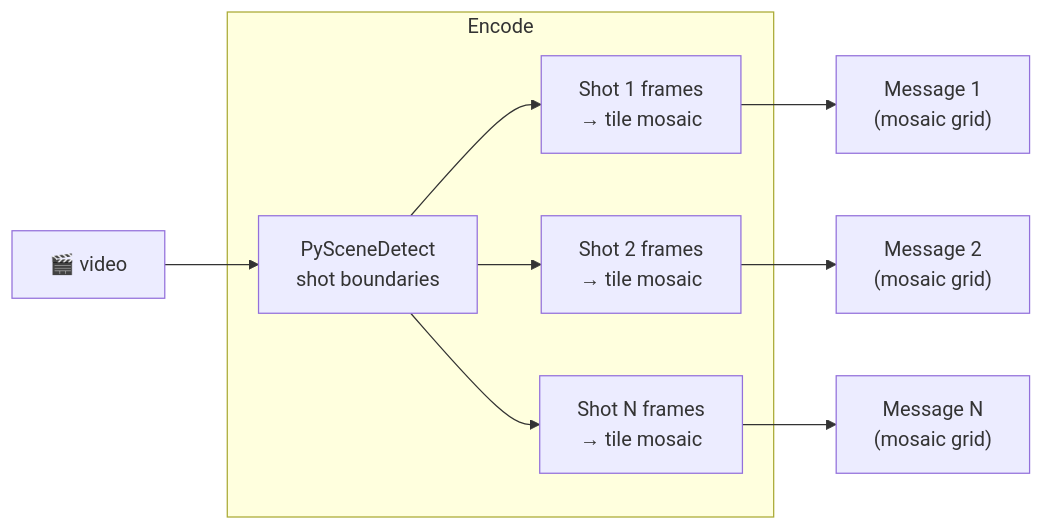
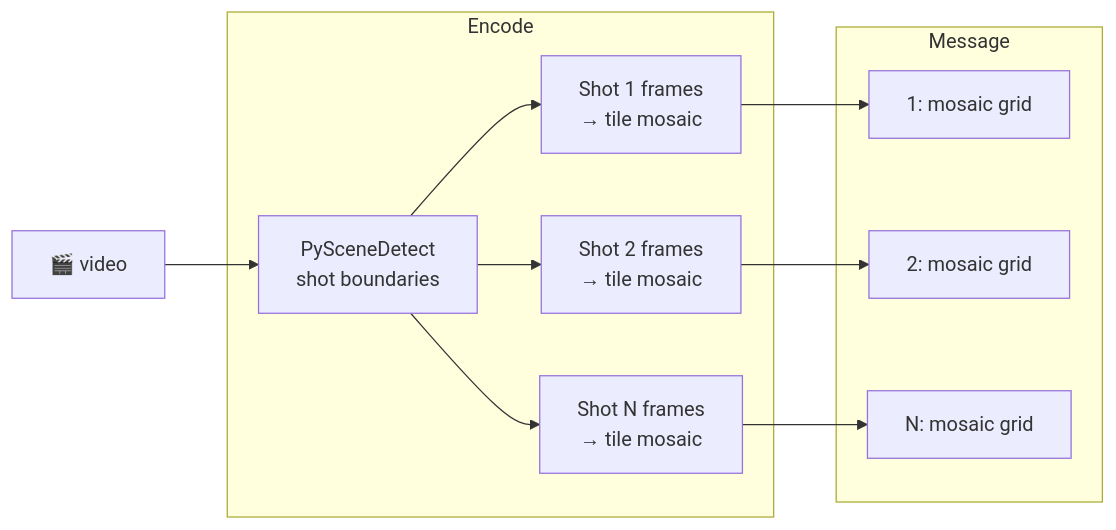
Before and after one commit to vlm-run/mm: the eighth of 17 diagrams in docs/ENCODERS.md, drawn with Mermaid. The commit also changed other lines of this file and 1 other file, not shown here.

Commit message:
use a message block with subgroups

````diff
--- a/docs/ENCODERS.md
+++ b/docs/ENCODERS.md
@@ -183,20 +197,22 @@
 ```mermaid
 graph LR
   video["🎬 video"]
 
   subgraph encode ["Encode"]
     detect["PySceneDetect\nshot boundaries"]
     s1["Shot 1 frames\n→ tile mosaic"]
     s2["Shot 2 frames\n→ tile mosaic"]
     s3["Shot N frames\n→ tile mosaic"]
   end
 
-  m1["Message 1\n(mosaic grid)"]
-  m2["Message 2\n(mosaic grid)"]
-  m3["Message N\n(mosaic grid)"]
+  subgraph message ["Message"]
+    m1["1: mosaic grid"]
+    m2["2: mosaic grid"]
+    m3["N: mosaic grid"]
+  end
 
   video --> detect
   detect --> s1 --> m1
   detect --> s2 --> m2
   detect --> s3 --> m3
 ```
````
